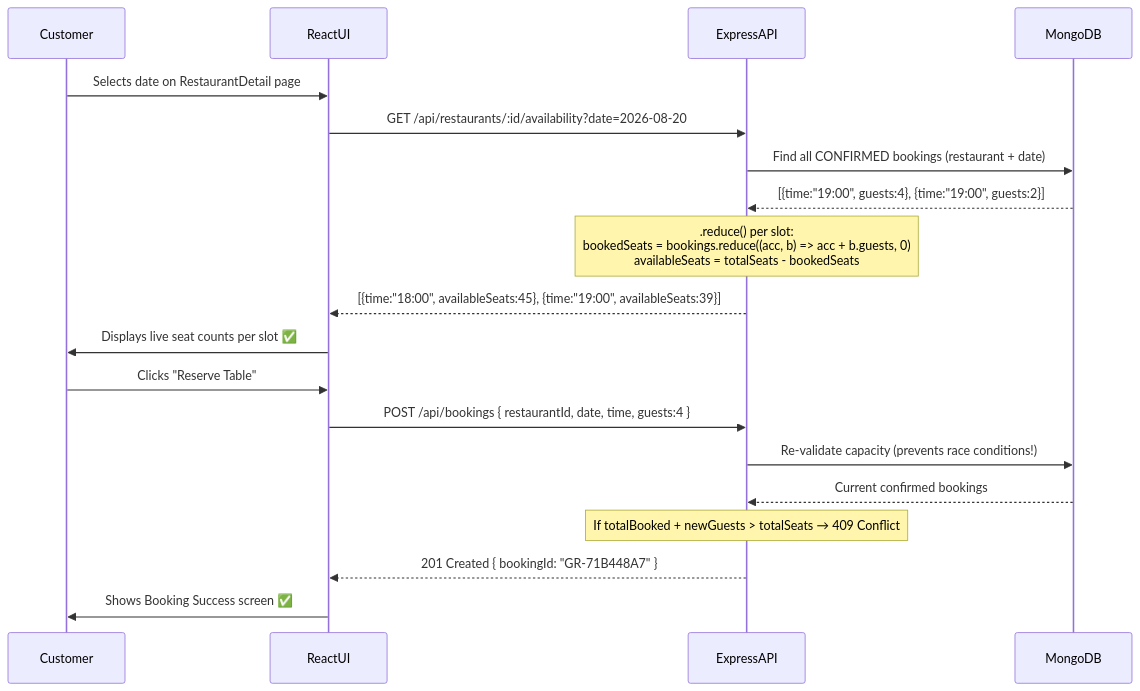
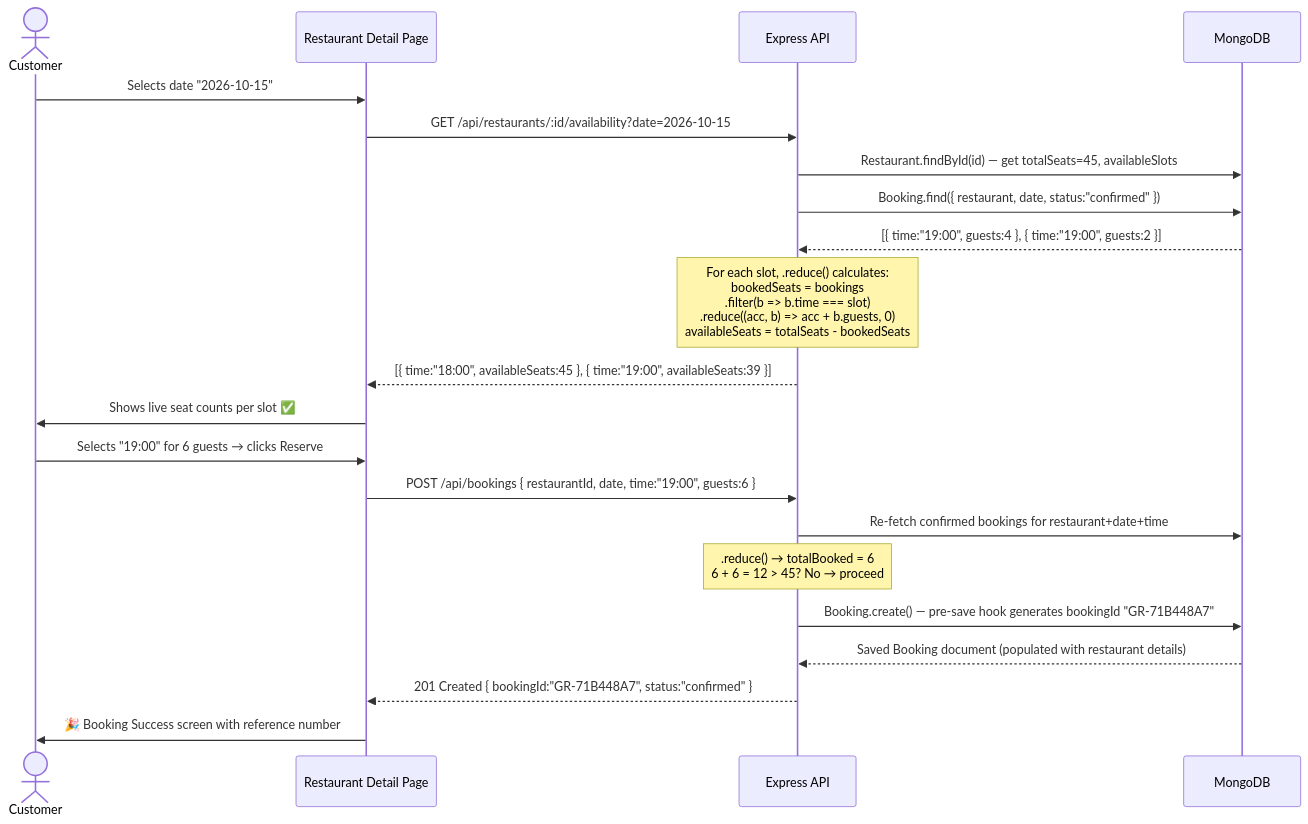
Before and after one commit to SujalDeshmukh/quickdine: the third of 3 diagrams in README.md, drawn with Mermaid. The commit also changed other lines of this file, not shown here.

````diff
--- a/README.md
+++ b/README.md
@@ -118,25 +168,28 @@
 ```mermaid
 sequenceDiagram
-    participant Customer
-    participant ReactUI
-    participant ExpressAPI
-    participant MongoDB
+    actor Customer
+    participant UI as Restaurant Detail Page
+    participant API as Express API
+    participant DB as MongoDB
 
-    Customer->>ReactUI: Selects date on RestaurantDetail page
-    ReactUI->>ExpressAPI: GET /api/restaurants/:id/availability?date=2026-08-20
-    ExpressAPI->>MongoDB: Find all CONFIRMED bookings (restaurant + date)
-    MongoDB-->>ExpressAPI: [{time:"19:00", guests:4}, {time:"19:00", guests:2}]
+    Customer->>UI: Selects date "2026-10-15"
+    UI->>API: GET /api/restaurants/:id/availability?date=2026-10-15
+    API->>DB: Restaurant.findById(id) — get totalSeats=45, availableSlots
+    API->>DB: Booking.find({ restaurant, date, status:"confirmed" })
+    DB-->>API: [{ time:"19:00", guests:4 }, { time:"19:00", guests:2 }]
 
-    Note over ExpressAPI: .reduce() per slot:<br/>bookedSeats = bookings.reduce((acc, b) => acc + b.guests, 0)<br/>availableSeats = totalSeats - bookedSeats
+    Note over API: For each slot, .reduce() calculates:<br/>bookedSeats = bookings<br/>  .filter(b => b.time === slot)<br/>  .reduce((acc, b) => acc + b.guests, 0)<br/>availableSeats = totalSeats - bookedSeats
 
-    ExpressAPI-->>ReactUI: [{time:"18:00", availableSeats:45}, {time:"19:00", availableSeats:39}]
-    ReactUI->>Customer: Displays live seat counts per slot ✅
+    API-->>UI: [{ time:"18:00", availableSeats:45 }, { time:"19:00", availableSeats:39 }]
+    UI->>Customer: Shows live seat counts per slot ✅
 
-    Customer->>ReactUI: Clicks "Reserve Table"
-    ReactUI->>ExpressAPI: POST /api/bookings { restaurantId, date, time, guests:4 }
-    ExpressAPI->>MongoDB: Re-validate capacity (prevents race conditions!)
-    MongoDB-->>ExpressAPI: Current confirmed bookings
-    Note over ExpressAPI: If totalBooked + newGuests > totalSeats → 409 Conflict
-    ExpressAPI-->>ReactUI: 201 Created { bookingId: "GR-71B448A7" }
-    ReactUI->>Customer: Shows Booking Success screen ✅
+    Customer->>UI: Selects "19:00" for 6 guests → clicks Reserve
+    UI->>API: POST /api/bookings { restaurantId, date, time:"19:00", guests:6 }
+    API->>DB: Re-fetch confirmed bookings for restaurant+date+time
+    Note over API: .reduce() → totalBooked = 6<br/>6 + 6 = 12 > 45? No → proceed
+
+    API->>DB: Booking.create() — pre-save hook generates bookingId "GR-71B448A7"
+    DB-->>API: Saved Booking document (populated with restaurant details)
+    API-->>UI: 201 Created { bookingId:"GR-71B448A7", status:"confirmed" }
+    UI->>Customer: 🎉 Booking Success screen with reference number
 ```
````
